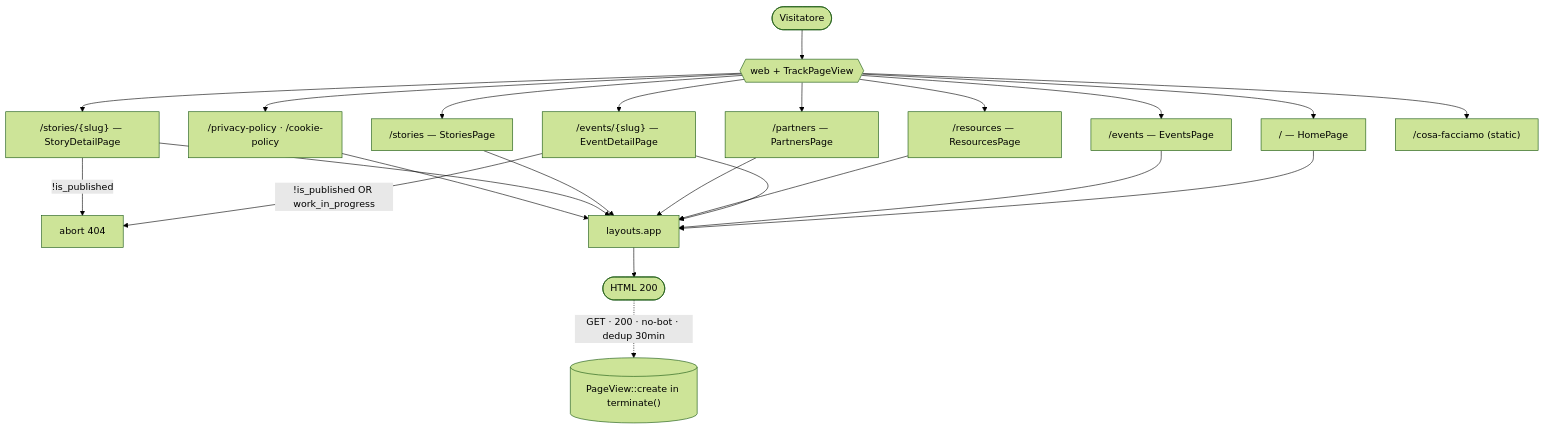
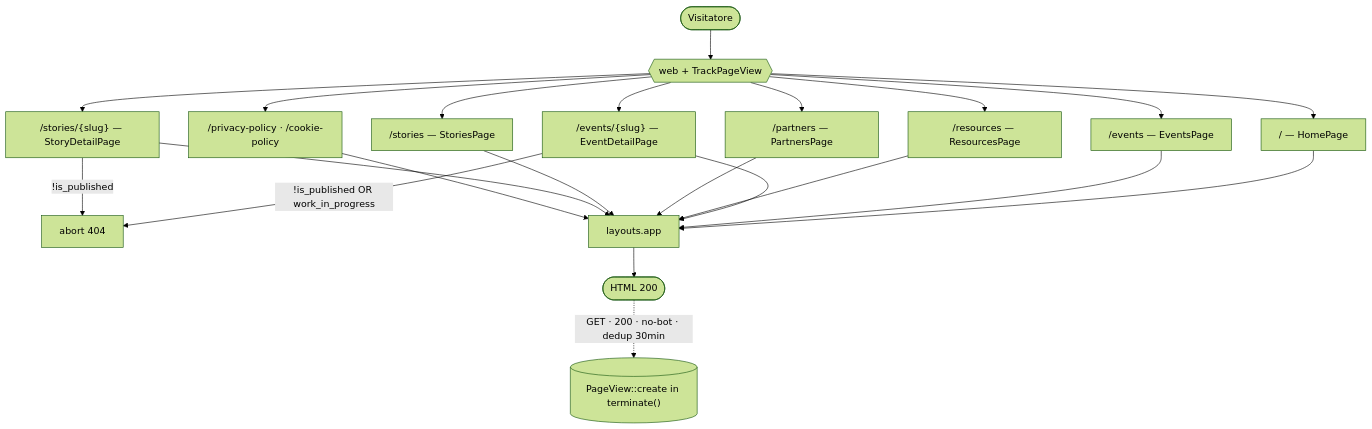
Before and after one commit to salento-dev/website: the diagram in docs/03_codice/01_pagine_pubbliche.md, drawn with Mermaid (forest theme). The commit also changed other lines of this file and 4 other files, not shown here.

First line of the commit message:
docs: rimuovi i riferimenti a /cosa-facciamo

````diff
--- a/docs/03_codice/01_pagine_pubbliche.md
+++ b/docs/03_codice/01_pagine_pubbliche.md
@@ -45,20 +43,19 @@
 ```mermaid
 flowchart TD
     V([Visitatore]) --> MW{{"web + TrackPageView"}}
     MW --> H["/ — HomePage"]
     MW --> E["/events — EventsPage"]
     MW --> ED["/events/{slug} — EventDetailPage"]
     MW --> R["/resources — ResourcesPage"]
     MW --> P["/partners — PartnersPage"]
     MW --> S["/stories — StoriesPage"]
     MW --> SD["/stories/{slug} — StoryDetailPage"]
     MW --> L["/privacy-policy · /cookie-policy"]
-    MW --> ST["/cosa-facciamo (static)"]
 
     ED -->|"!is_published OR work_in_progress"| X[abort 404]
     SD -->|"!is_published"| X
 
     H & E & ED & R & P & S & SD & L --> LAY["layouts.app"]
     LAY --> RESP([HTML 200])
     RESP -.->|"GET · 200 · no-bot · dedup 30min"| PV[("PageView::create in terminate()")]
 ```
````
